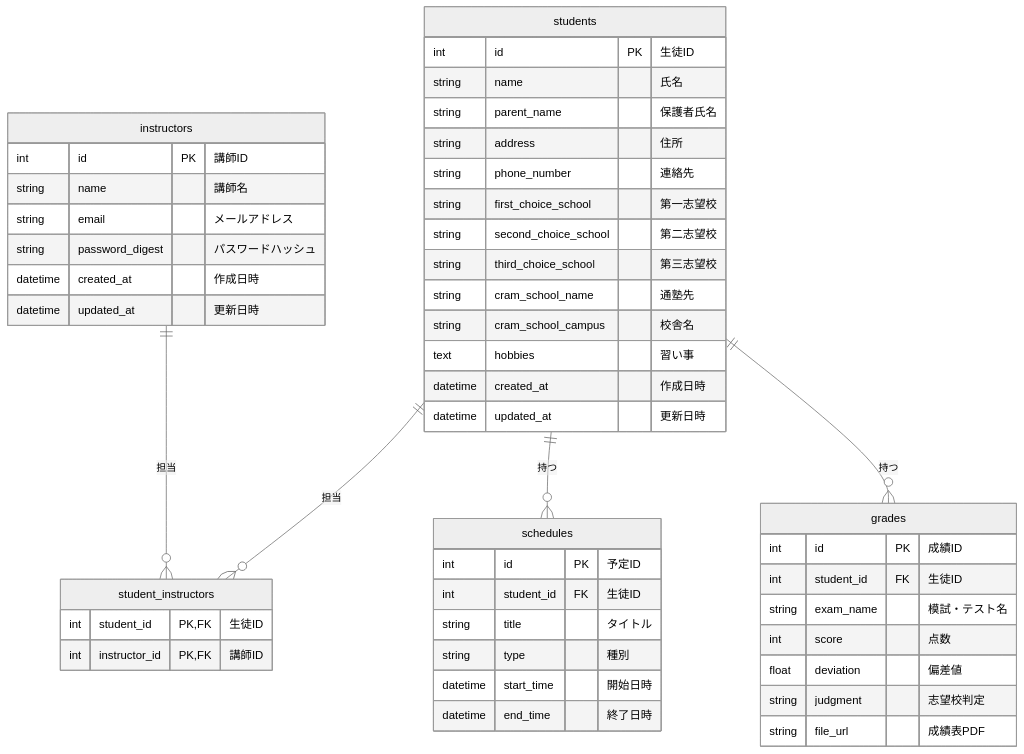
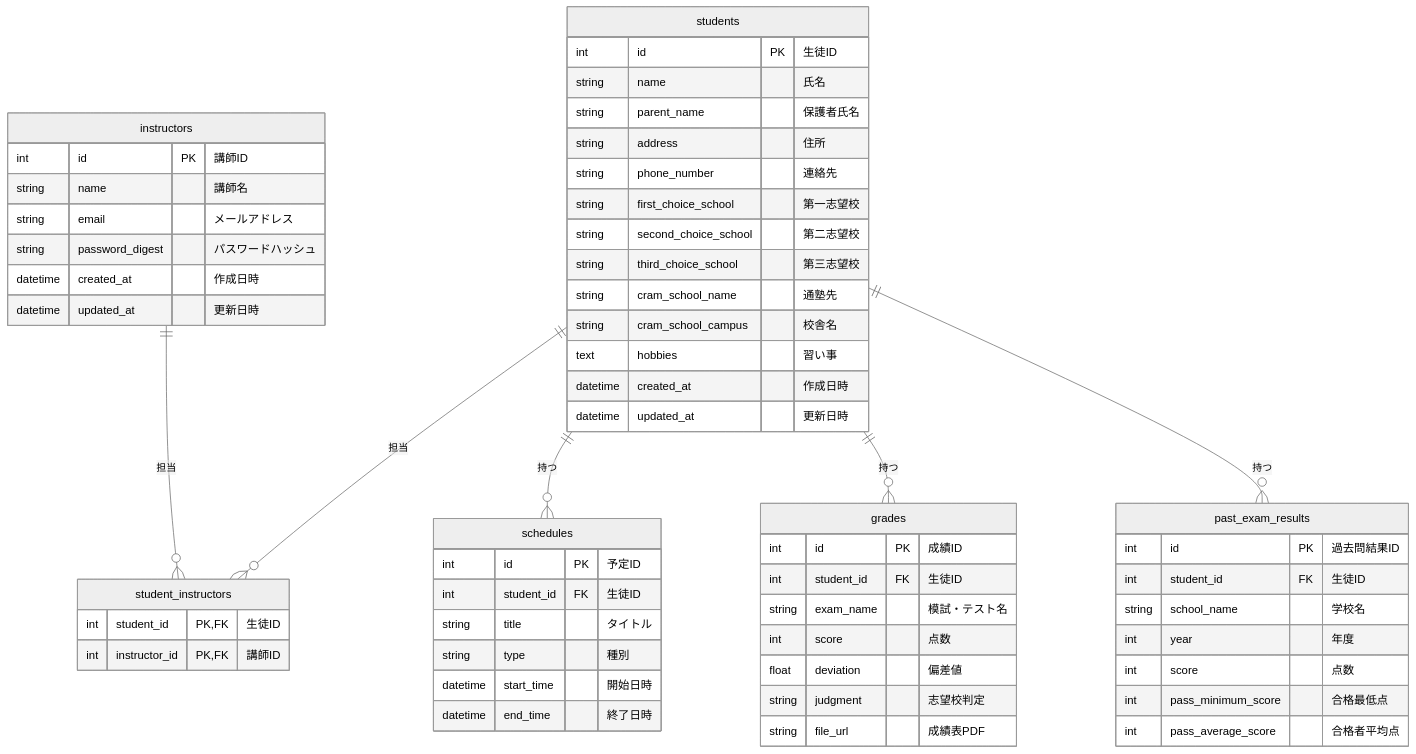
One commit to itsuki2003/TodaiBansou_StuDashboard changed the diagram in docs/architecture/db_schema.md. Above: the diagram before and after it, drawn with Mermaid (neutral theme). The commit also changed 1 other file, not shown here.

Commit message:
refactor(grades): Replace graph with table-based trends by exam type

````diff
--- a/docs/architecture/db_schema.md
+++ b/docs/architecture/db_schema.md
@@ -5,56 +5,67 @@
 ```mermaid
 erDiagram
     instructors {
         int id PK "講師ID"
         string name "講師名"
         string email "メールアドレス"
         string password_digest "パスワードハッシュ"
         datetime created_at "作成日時"
         datetime updated_at "更新日時"
     }
 
     students {
         int id PK "生徒ID"
         string name "氏名"
         string parent_name "保護者氏名"
         string address "住所"
         string phone_number "連絡先"
         string first_choice_school "第一志望校"
         string second_choice_school "第二志望校"
         string third_choice_school "第三志望校"
         string cram_school_name "通塾先"
         string cram_school_campus "校舎名"
         text hobbies "習い事"
         datetime created_at "作成日時"
         datetime updated_at "更新日時"
     }
 
     schedules {
         int id PK "予定ID"
         int student_id FK "生徒ID"
         string title "タイトル"
         string type "種別"
         datetime start_time "開始日時"
         datetime end_time "終了日時"
     }
 
     grades {
         int id PK "成績ID"
         int student_id FK "生徒ID"
         string exam_name "模試・テスト名"
         int score "点数"
         float deviation "偏差値"
         string judgment "志望校判定"
         string file_url "成績表PDF"
     }
 
+    past_exam_results {
+        int id PK "過去問結果ID"
+        int student_id FK "生徒ID"
+        string school_name "学校名"
+        int year "年度"
+        int score "点数"
+        int pass_minimum_score "合格最低点"
+        int pass_average_score "合格者平均点"
+    }
+
     instructors ||--o{ student_instructors : "担当"
     students ||--o{ student_instructors : "担当"
     students ||--o{ schedules : "持つ"
     students ||--o{ grades : "持つ"
+    students ||--o{ past_exam_results : "持つ"
 
     student_instructors {
         int student_id PK, FK "生徒ID"
         int instructor_id PK, FK "講師ID"
     }
 ```
````
